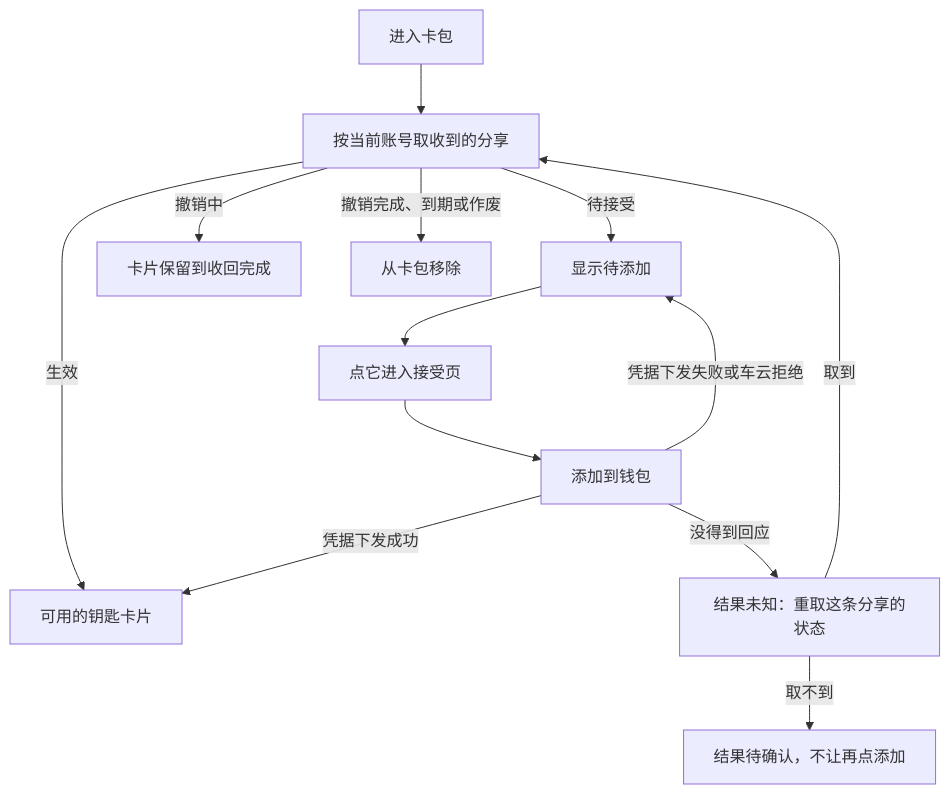
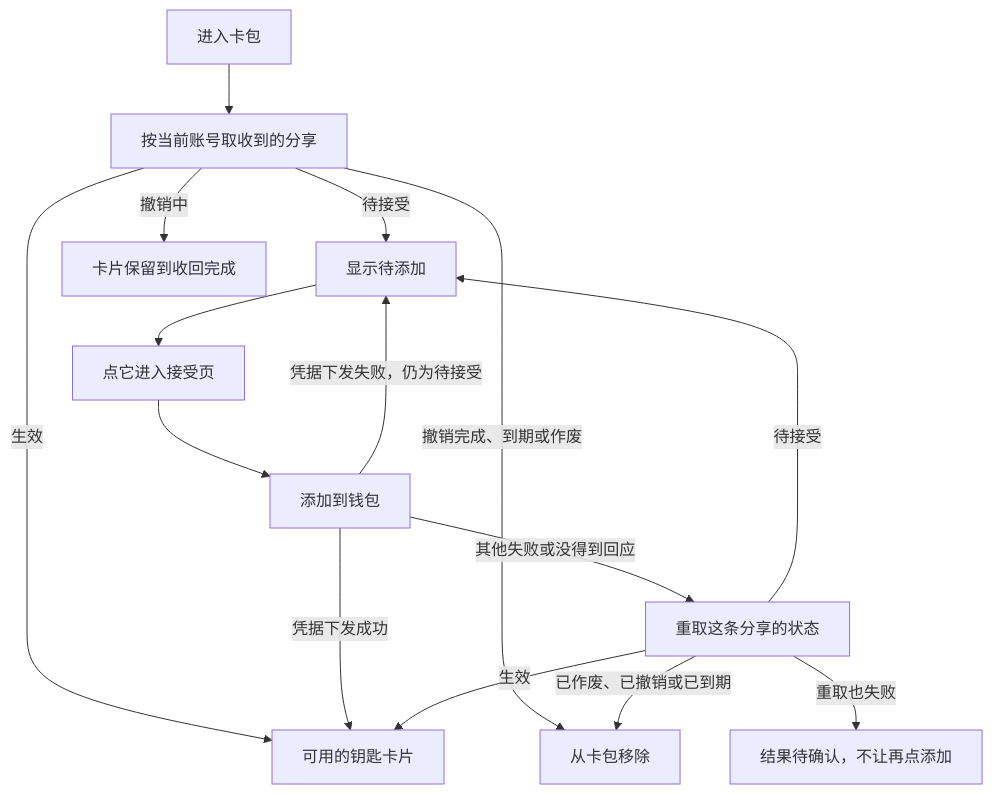
The fourth of 5 diagrams in doc/plan/1.9.9/金样候选/car-key-sharing/spec/spec.md (sqsqsq/SimulatedWalletForHmos), drawn with Mermaid before and after one commit. The commit also changed other lines of this file and 20 other files, not shown here.

````diff
--- a/doc/plan/1.9.9/金样候选/car-key-sharing/spec/spec.md
+++ b/doc/plan/1.9.9/金样候选/car-key-sharing/spec/spec.md
@@ -283,15 +321,17 @@
 ```mermaid
 flowchart TD
     A[进入卡包] --> B[按当前账号取收到的分享]
     B -->|待接受| P[显示待添加]
     B -->|生效| L[可用的钥匙卡片]
     B -->|撤销中| R[卡片保留到收回完成]
     B -->|撤销完成、到期或作废| D[从卡包移除]
     P --> G[点它进入接受页]
     G --> H[添加到钱包]
     H -->|凭据下发成功| L
-    H -->|凭据下发失败或车云拒绝| P
-    H -->|没得到回应| RQ[结果未知：重取这条分享的状态]
-    RQ -->|取到| B
-    RQ -->|取不到| UK[结果待确认，不让再点添加]
+    H -->|凭据下发失败，仍为待接受| P
+    H -->|其他失败或没得到回应| RQ[重取这条分享的状态]
+    RQ -->|待接受| P
+    RQ -->|生效| L
+    RQ -->|已作废、已撤销或已到期| D
+    RQ -->|重取也失败| UK[结果待确认，不让再点添加]
 ```
````
